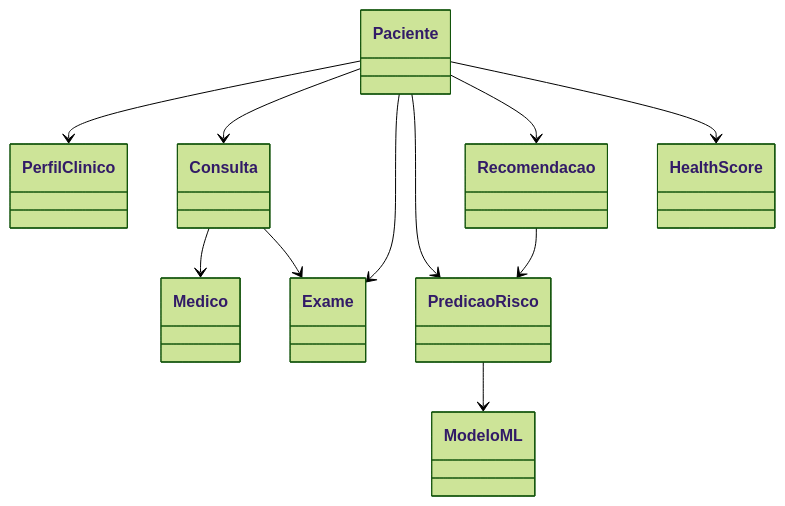
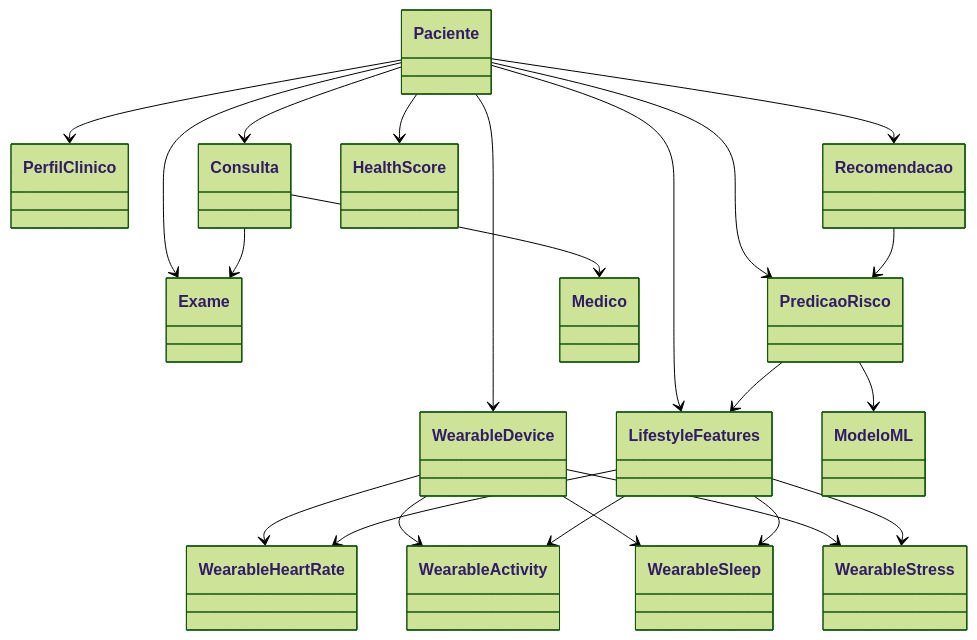
The second of 2 diagrams in DIAGRAMA DE CLASSE.md (ccps1-care-predict/care-plus-ccps1), drawn with Mermaid (forest theme) before and after one commit. The commit also changed other lines of this file and 11 other files, not shown here.

````diff
--- a/DIAGRAMA DE CLASSE.md
+++ b/DIAGRAMA DE CLASSE.md
@@ -320,16 +582,29 @@
 ```mermaid
 classDiagram
 
 Paciente --> PerfilClinico
 Paciente --> Consulta
 Paciente --> Exame
 Paciente --> PredicaoRisco
 Paciente --> Recomendacao
 Paciente --> HealthScore
+Paciente --> WearableDevice
+Paciente --> LifestyleFeatures
 
 Consulta --> Medico
 Consulta --> Exame
 
+WearableDevice --> WearableHeartRate
+WearableDevice --> WearableActivity
+WearableDevice --> WearableSleep
+WearableDevice --> WearableStress
+
+LifestyleFeatures --> WearableHeartRate
+LifestyleFeatures --> WearableActivity
+LifestyleFeatures --> WearableSleep
+LifestyleFeatures --> WearableStress
+
 PredicaoRisco --> ModeloML
+PredicaoRisco --> LifestyleFeatures
 Recomendacao --> PredicaoRisco
 ```
````
